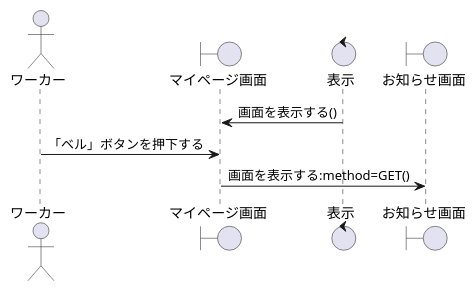
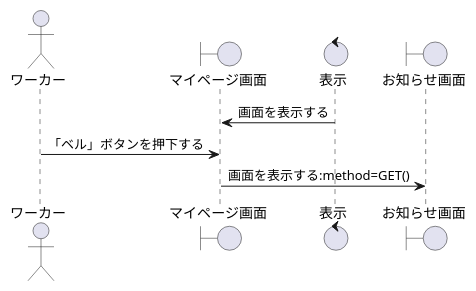
One commit to irukacb256/high_Me changed the diagram in sequence_fig/7_acconts_fn/12_お知らせを閲覧する.pu. Above: the diagram before and after it, drawn with PlantUML. The commit also changed 26 other files, not shown here.

```diff
--- a/sequence_fig/7_acconts_fn/12_お知らせを閲覧する.pu
+++ b/sequence_fig/7_acconts_fn/12_お知らせを閲覧する.pu
@@ -1,15 +1,15 @@
 @startuml お知らせを閲覧する
 
 actor ワーカー as wo1
 
 boundary マイページ画面 as bo1
 control 表示 as co1
 boundary お知らせ画面 as bo2
 
 
-co1 -> bo1: 画面を表示する()
+co1 -> bo1: 画面を表示する
 wo1 -> bo1:「ベル」ボタンを押下する
 bo1 -> bo2: 画面を表示する:method=GET()
 
 
 @enduml
```
